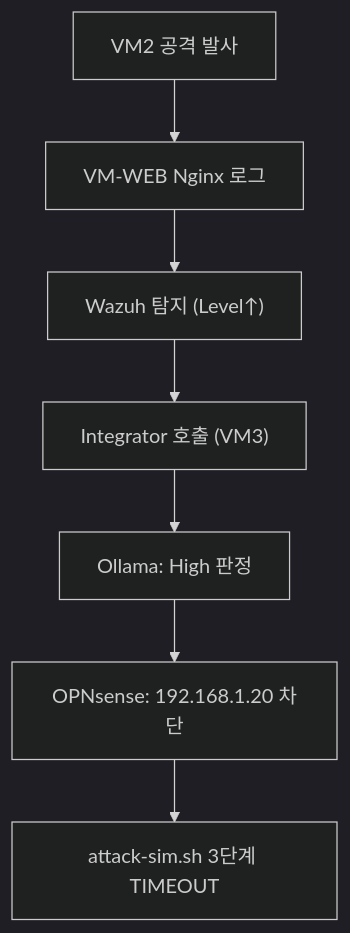
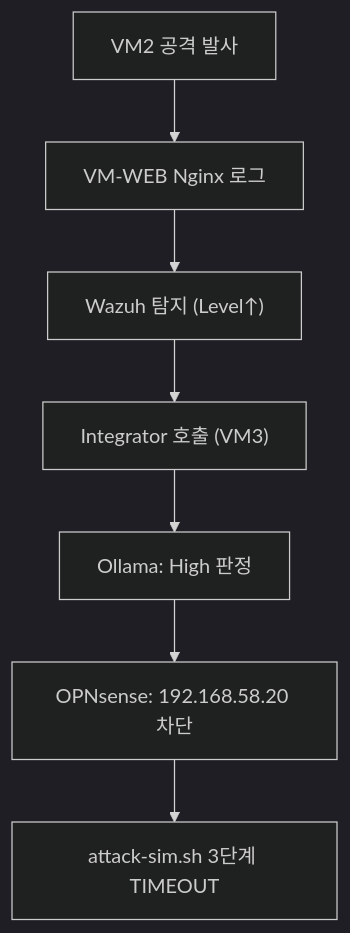
Before and after one commit to sbaek100/sbaek100.github.io: the second of 2 diagrams in _posts/1.응용강의/aiwebsec/2026-06-12-aiwebsec-35-siem-scenario-validation.md, drawn with Mermaid (dark theme). The commit also changed other lines of this file and 518 other files, not shown here.

````diff
--- a/_posts/1.응용강의/aiwebsec/2026-06-12-aiwebsec-35-siem-scenario-validation.md
+++ b/_posts/1.응용강의/aiwebsec/2026-06-12-aiwebsec-35-siem-scenario-validation.md
@@ -159,9 +159,9 @@
 ```mermaid
 graph TB
     A["VM2 공격 발사"] --> B["VM-WEB Nginx 로그"]
     B --> C["Wazuh 탐지 (Level↑)"]
     C --> D["Integrator 호출 (VM3)"]
     D --> E["Ollama: High 판정"]
-    E --> F["OPNsense: 192.168.1.20 차단"]
+    E --> F["OPNsense: 192.168.58.20 차단"]
     F --> G["attack-sim.sh 3단계 TIMEOUT"]
 ```
````
